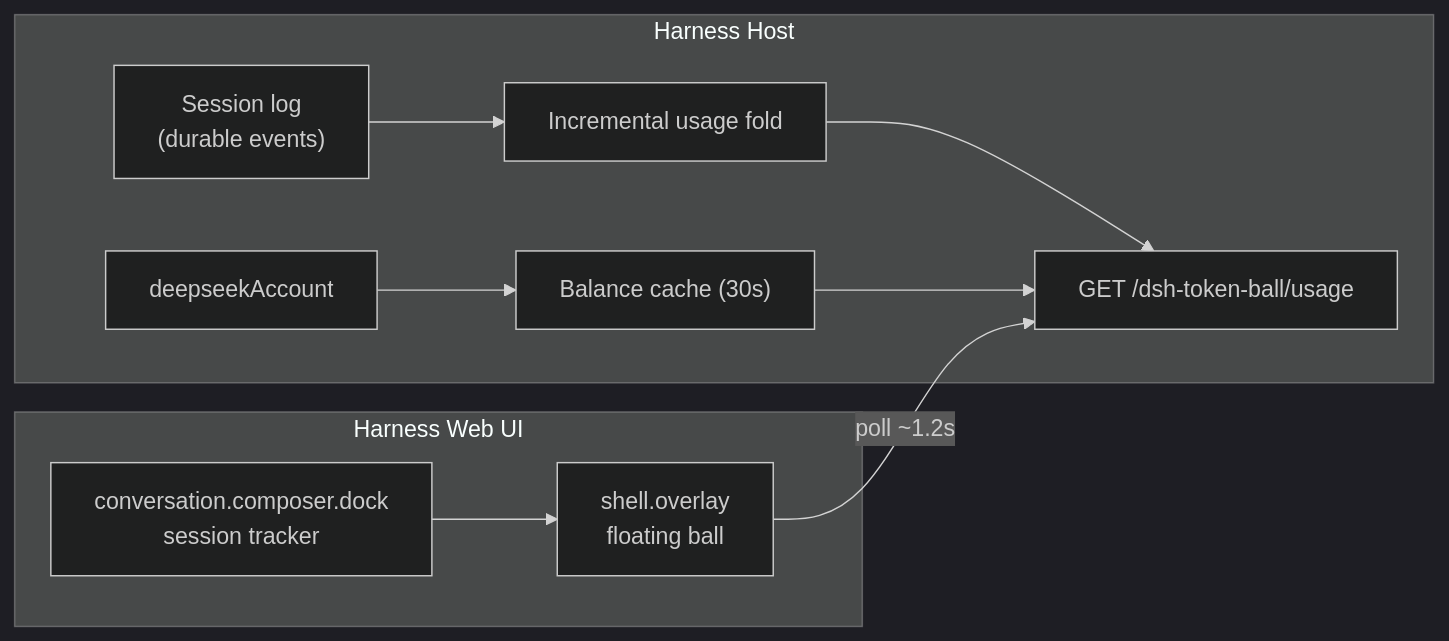
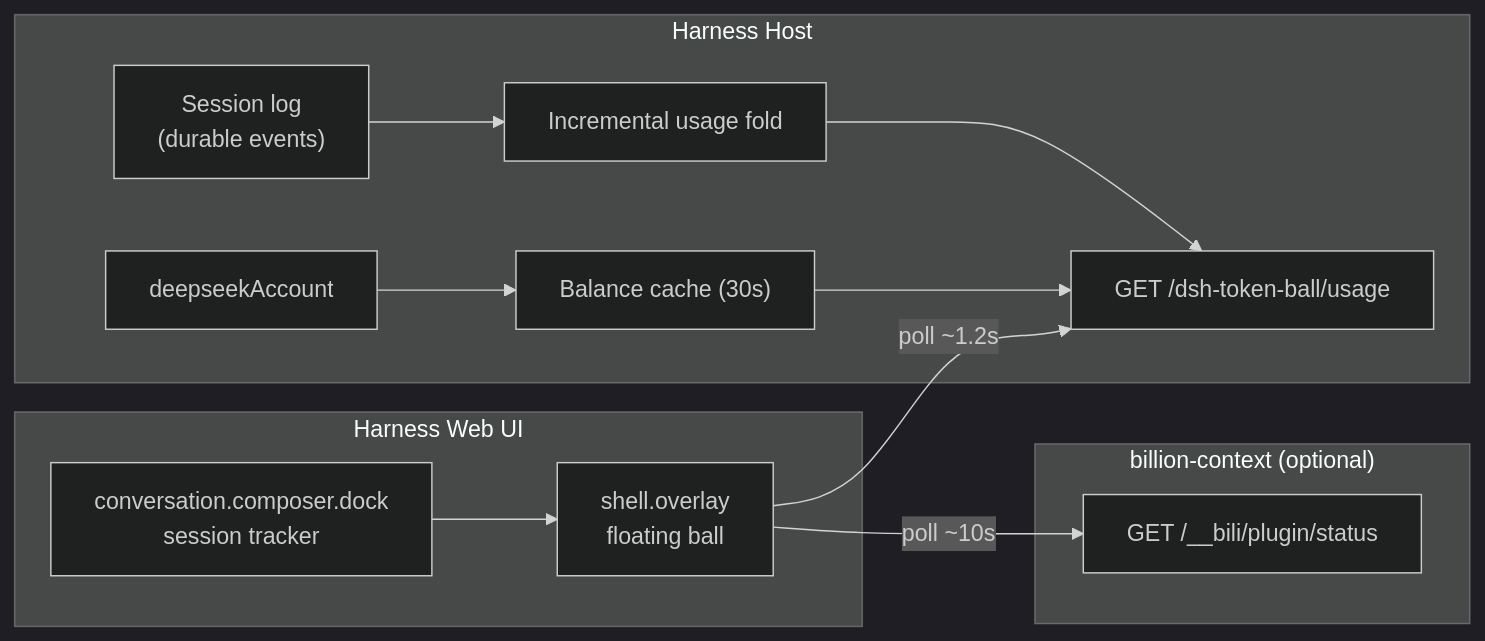
Before and after one commit to Ethan-nine/dsh-token-ball: the diagram in README.md, drawn with Mermaid (dark theme). The commit also changed other lines of this file and 7 other files, not shown here.

Commit message:
feat: add context pressure and billion-context integration

````diff
--- a/README.md
+++ b/README.md
@@ -118,14 +140,19 @@
 ```mermaid
 flowchart LR
   subgraph Host["Harness Host"]
     LOG["Session log<br/>(durable events)"] --> FOLD["Incremental usage fold"]
     ACCOUNT["deepseekAccount"] --> CACHE["Balance cache (30s)"]
     FOLD --> API["GET /dsh-token-ball/usage"]
     CACHE --> API
   end
 
+  subgraph Context["billion-context (optional)"]
+    CTX["GET /__bili/plugin/status"]
+  end
+
   subgraph Client["Harness Web UI"]
     TRACKER["conversation.composer.dock<br/>session tracker"] --> BALL["shell.overlay<br/>floating ball"]
     BALL -->|"poll ~1.2s"| API
+    BALL -->|"poll ~10s"| CTX
   end
 ```
````
